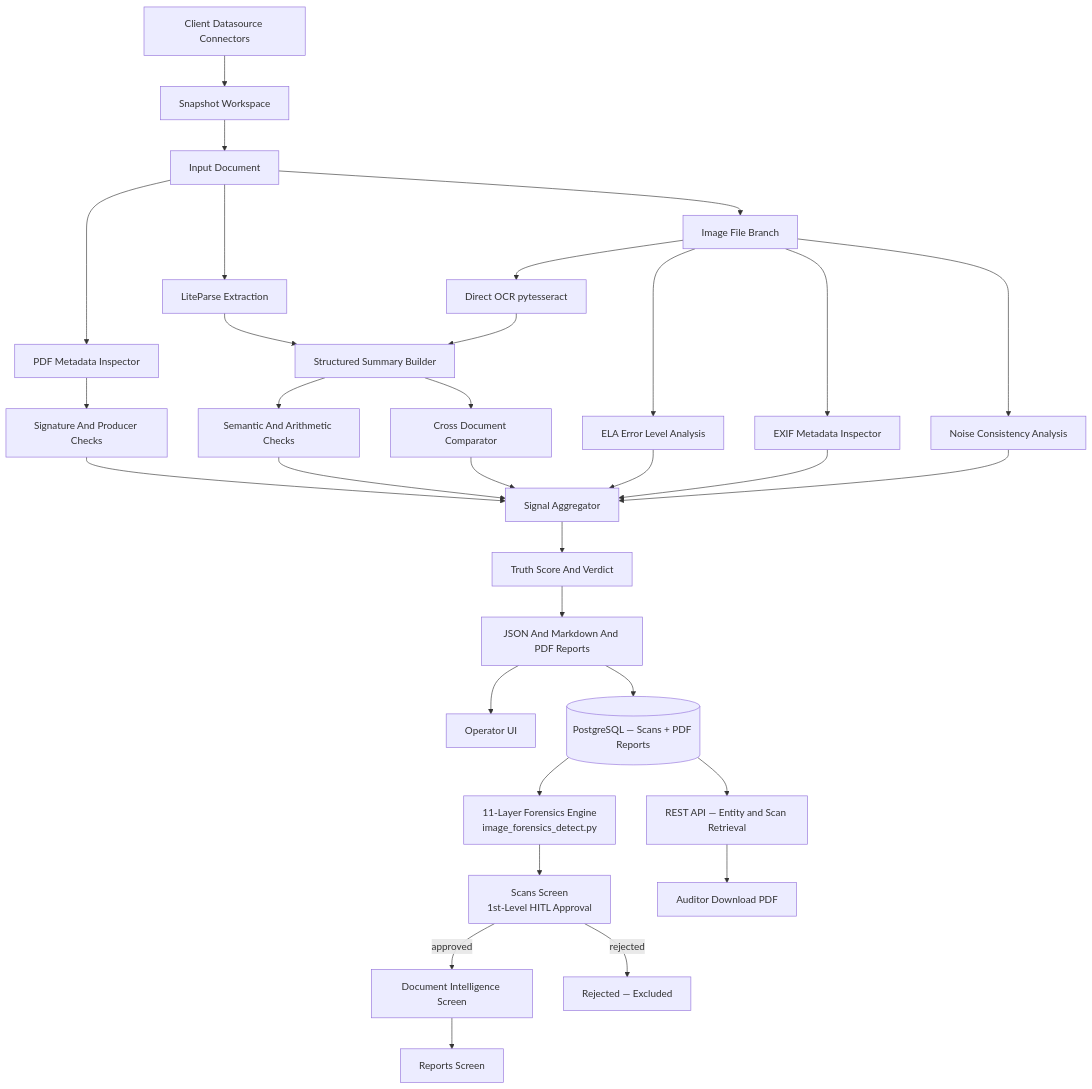
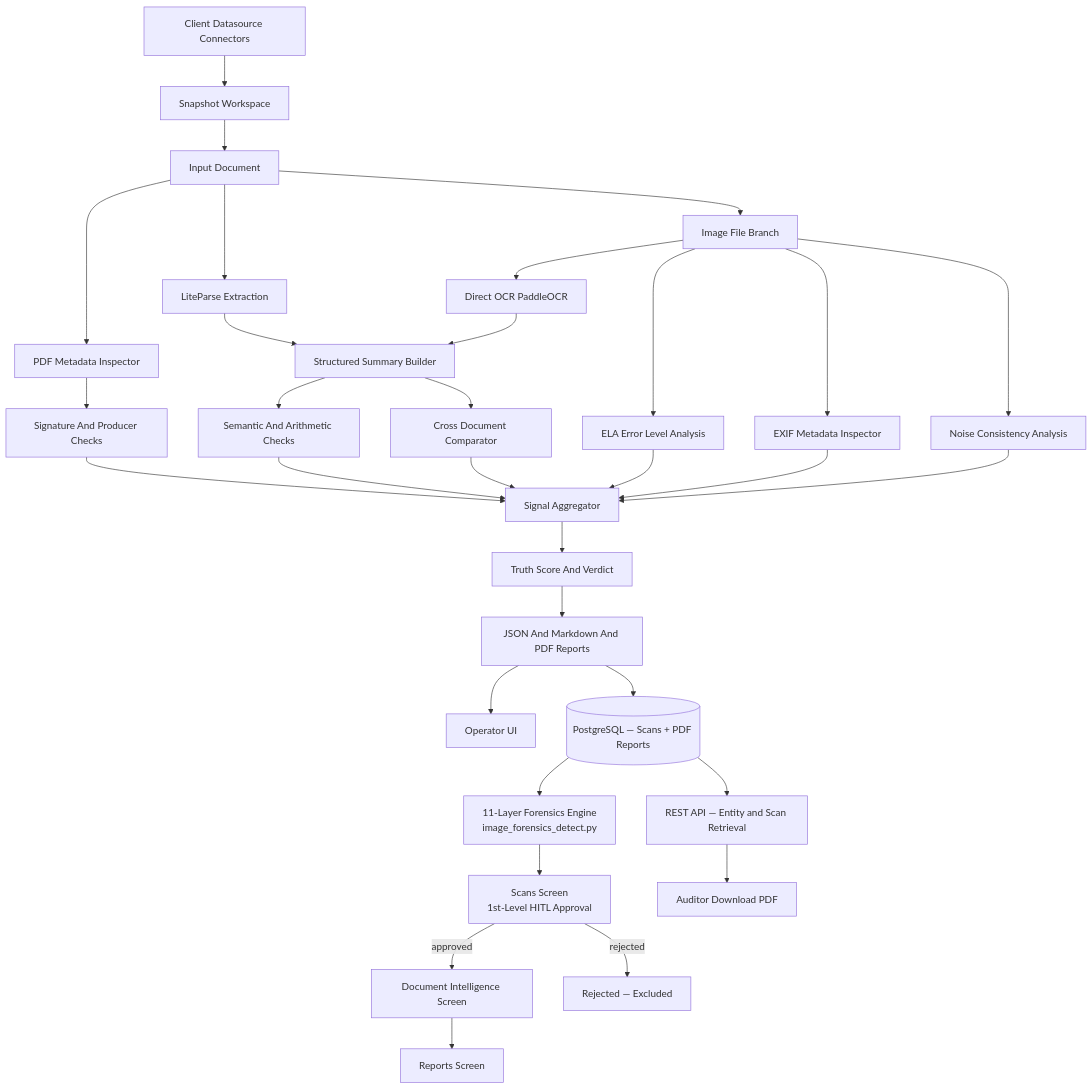
The first of 2 diagrams in docs/ARCHITECTURE.md (maluskarhrishikesh-afk/BaseTruth), drawn with Mermaid before and after one commit. The commit also changed other lines of this file and 42 other files, not shown here.

````diff
--- a/docs/ARCHITECTURE.md
+++ b/docs/ARCHITECTURE.md
@@ -7,34 +7,34 @@
 ```mermaid
 flowchart TD
   A[Input Document] --> B[PDF Metadata Inspector]
   A --> C[LiteParse Extraction]
   A --> IMG[Image File Branch]
-  IMG --> IMGOCR[Direct OCR pytesseract]
+  IMG --> IMGOCR[Direct OCR PaddleOCR]
   IMG --> ELA[ELA Error Level Analysis]
   IMG --> EXIF[EXIF Metadata Inspector]
   IMG --> NOISE[Noise Consistency Analysis]
   X[Client Datasource Connectors] --> Y[Snapshot Workspace]
   Y --> A
   C --> D[Structured Summary Builder]
   D --> E[Semantic And Arithmetic Checks]
   B --> F[Signature And Producer Checks]
   D --> G[Cross Document Comparator]
   IMGOCR --> D
   ELA --> H[Signal Aggregator]
   EXIF --> H
   NOISE --> H
   E --> H
   F --> H
   G --> H
   H --> I[Truth Score And Verdict]
   I --> J[JSON And Markdown And PDF Reports]
   J --> K[Operator UI]
   J --> DB[(PostgreSQL — Scans + PDF Reports)]
   DB --> FORENSICS[11-Layer Forensics Engine\nimage_forensics_detect.py]
   FORENSICS --> SCANS_REVIEW[Scans Screen\n1st-Level HITL Approval]
   SCANS_REVIEW -->|approved| DI[Document Intelligence Screen]
   SCANS_REVIEW -->|rejected| REJECTED[Rejected — Excluded]
   DI --> REPORTS[Reports Screen]
   DB --> API[REST API — Entity and Scan Retrieval]
   API --> AUD[Auditor Download PDF]
 ```
````
